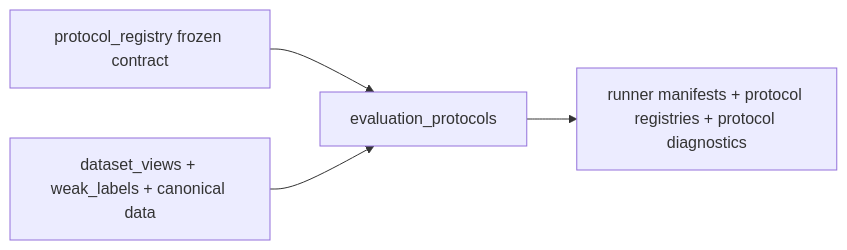
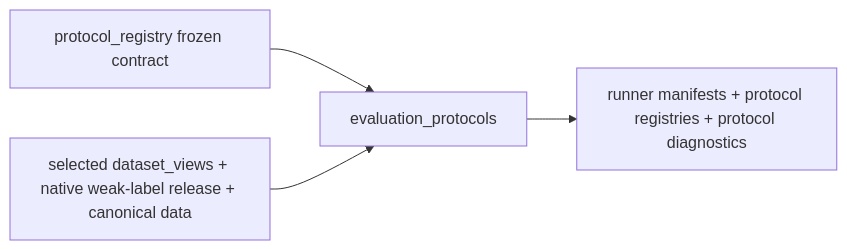
The diagram in Backend/Benchmark/evaluation_protocols/FLOW.md (lawnguyenit/AgriFusion-IoT), drawn with Mermaid before and after one commit. The commit also changed other lines of this file and 32 other files, not shown here.

````diff
--- a/Backend/Benchmark/evaluation_protocols/FLOW.md
+++ b/Backend/Benchmark/evaluation_protocols/FLOW.md
@@ -5,6 +5,6 @@
 ```mermaid
 flowchart LR
     P["protocol_registry frozen contract"] --> B["evaluation_protocols"]
-    A["dataset_views + weak_labels + canonical data"] --> B
+    A["selected dataset_views + native weak-label release + canonical data"] --> B
     B --> C["runner manifests + protocol registries + protocol diagnostics"]
 ```
````
